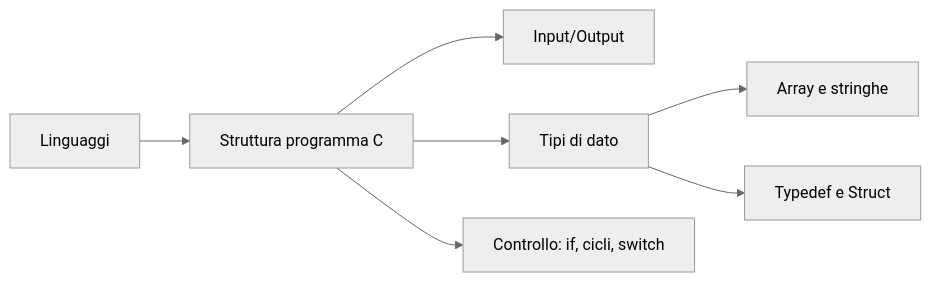
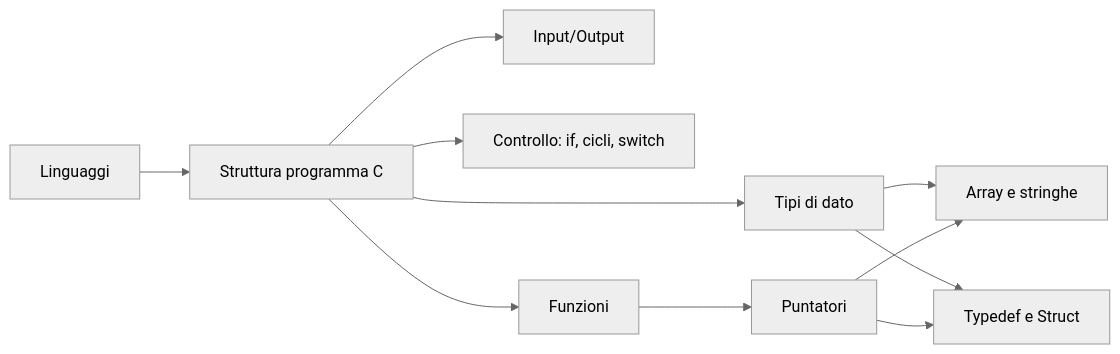
The diagram in 2026-2027/30_Fondamenti_Informatica/00_MOC_FdI.md (rikytomasoni-pixel/Studio), drawn with Mermaid (neutral theme) before and after one commit. The commit also changed other lines of this file and 6 other files, not shown here.

````diff
--- a/2026-2027/30_Fondamenti_Informatica/00_MOC_FdI.md
+++ b/2026-2027/30_Fondamenti_Informatica/00_MOC_FdI.md
@@ -58,9 +60,13 @@
 ```mermaid
 flowchart LR
     A[Linguaggi] --> B[Struttura programma C]
     B --> C[Input/Output]
     B --> D[Tipi di dato]
     D --> E[Array e stringhe]
     D --> F[Typedef e Struct]
     B --> G[Controllo: if, cicli, switch]
+    B --> H[Funzioni]
+    H --> I[Puntatori]
+    I --> E
+    I --> F
 ```
````
